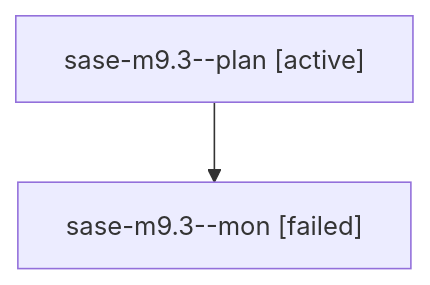
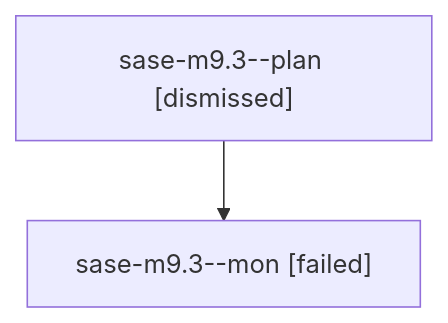
One commit to sase-org/sase--agents changed the diagram in sessions/bbugyi200.athena.sase-m9.3.md. Above: the diagram before and after it, drawn with Mermaid. The commit also changed other lines of this file and 218 other files, not shown here.

````diff
--- a/sessions/bbugyi200.athena.sase-m9.3.md
+++ b/sessions/bbugyi200.athena.sase-m9.3.md
@@ -9,6 +9,6 @@
 ```mermaid
 flowchart TD
-  n0["sase-m9.3--plan [active]"]
+  n0["sase-m9.3--plan [dismissed]"]
   n1["sase-m9.3--mon [failed]"]
   n0 --> n1
 ```
````
